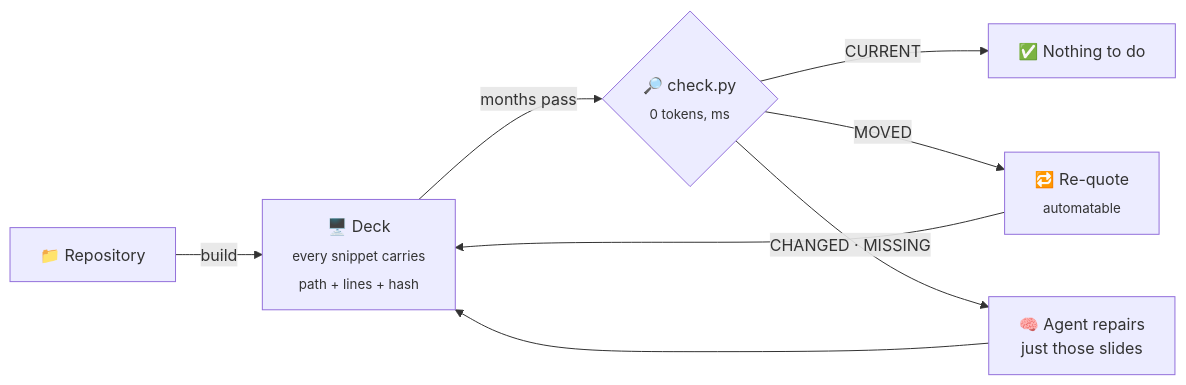
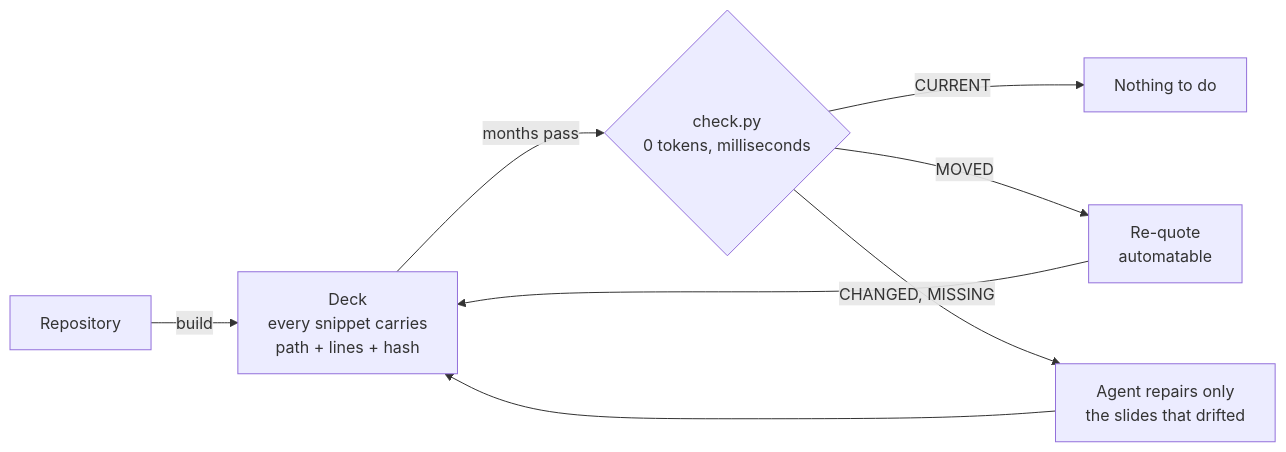
The diagram in docs/freshness.md (glukicov/slideops), drawn with Mermaid before and after one commit. The commit also changed 1 other file, not shown here.

Commit message:
Fix the freshness diagram and the caption spacing
GitHub's mermaid renderer rejected the <sub> tags inside the node
labels and showed 'Unable to render rich display' in place of the
diagram; <br> is the only markup it accepts there, so the labels use
that alone.

The two centred captions were <div>s, which carry no paragraph margin,
so each one collided with the paragraph beneath it. They are <p> now.

````diff
--- a/docs/freshness.md
+++ b/docs/freshness.md
@@ -13,10 +13,10 @@
 ```mermaid
 flowchart LR
-    A["📁 Repository"] -->|"build"| B["🖥️ Deck<br><sub>every snippet carries<br>path + lines + hash</sub>"]
-    B -->|"months pass"| C{"🔎 check.py<br><sub>0 tokens, ms</sub>"}
-    C -->|"CURRENT"| D["✅ Nothing to do"]
-    C -->|"MOVED"| E["🔁 Re-quote<br><sub>automatable</sub>"]
-    C -->|"CHANGED · MISSING"| F["🧠 Agent repairs<br>just those slides"]
+    A["Repository"] -->|build| B["Deck<br>every snippet carries<br>path + lines + hash"]
+    B -->|months pass| C{"check.py<br>0 tokens, milliseconds"}
+    C -->|CURRENT| D["Nothing to do"]
+    C -->|MOVED| E["Re-quote<br>automatable"]
+    C -->|"CHANGED, MISSING"| F["Agent repairs only<br>the slides that drifted"]
     E --> B
     F --> B
 ```
````
